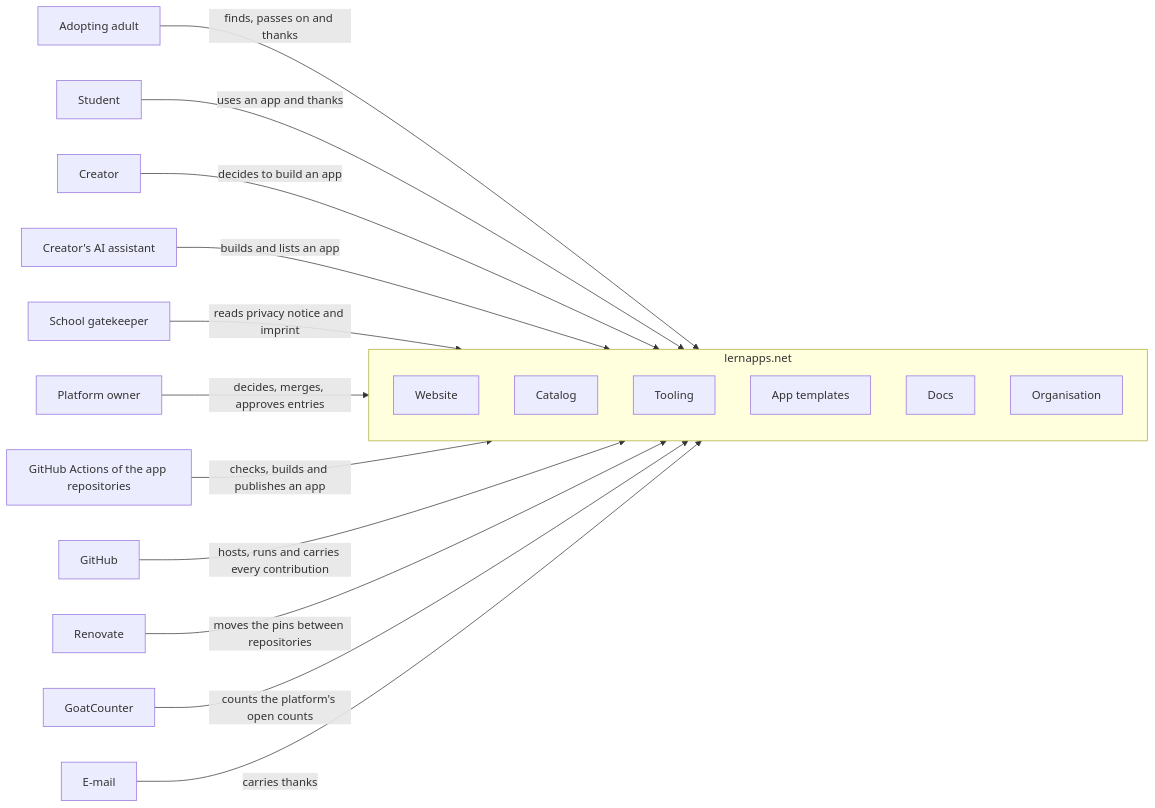
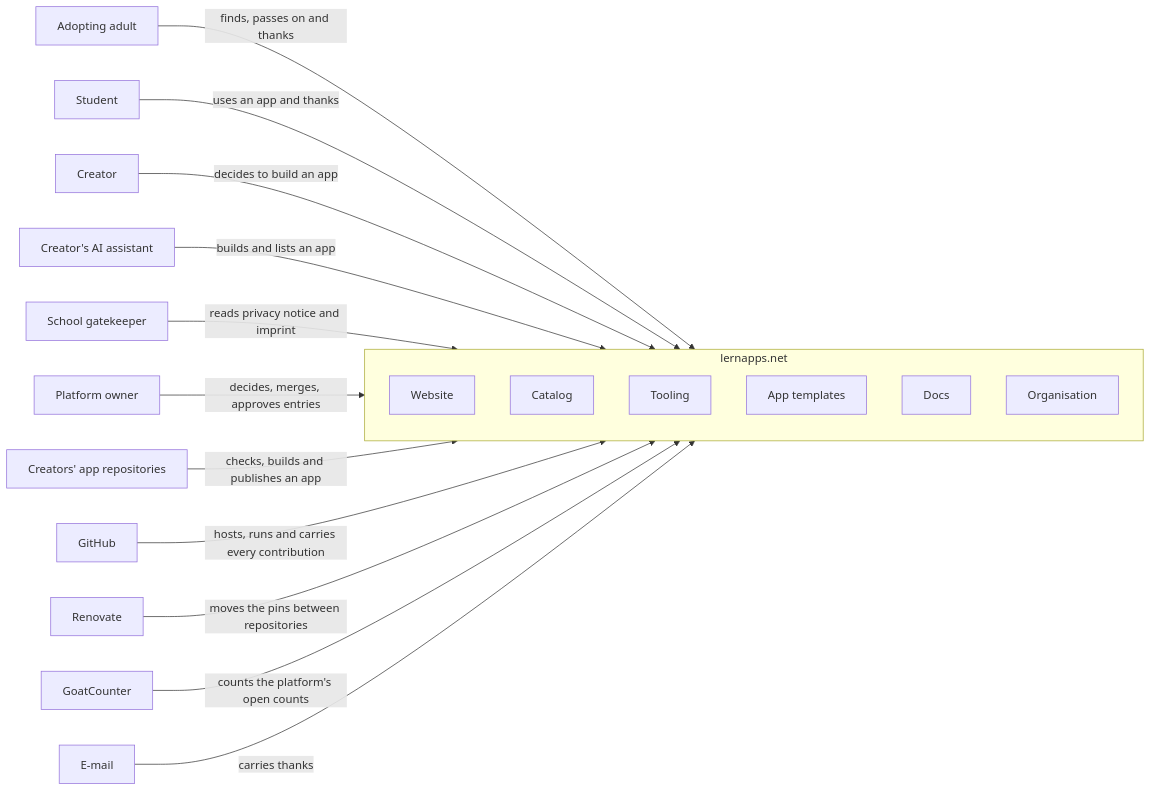
The diagram in docs/arc42/03-system-context.arc42.md (lernapps/docs), drawn with Mermaid before and after one commit. The commit also changed other lines of this file and 10 other files, not shown here.

First line of the commit message:
docs(overview): take every text from one source and draw each journey's flow

````diff
--- a/docs/arc42/03-system-context.arc42.md
+++ b/docs/arc42/03-system-context.arc42.md
@@ -18,33 +18,33 @@
 ```mermaid
 flowchart LR
     actor-adopting-adult["Adopting adult"]
     actor-student["Student"]
     actor-creator["Creator"]
     actor-ai-assistant["Creator's AI assistant"]
     actor-gatekeeper["School gatekeeper"]
     actor-platform-owner["Platform owner"]
-    actor-app-repo-actions["GitHub Actions of the app repositories"]
+    actor-app-repo-actions["Creators' app repositories"]
     actor-github["GitHub"]
     actor-renovate["Renovate"]
     actor-goatcounter["GoatCounter"]
     actor-email["E-mail"]
     subgraph system["lernapps.net"]
         bb-website["Website"]
         bb-catalog["Catalog"]
         bb-tooling["Tooling"]
         bb-app-templates["App templates"]
         bb-docs["Docs"]
         bb-org["Organisation"]
     end
     actor-adopting-adult -->|"finds, passes on and thanks"| system
     actor-student -->|"uses an app and thanks"| system
     actor-creator -->|"decides to build an app"| system
     actor-ai-assistant -->|"builds and lists an app"| system
     actor-gatekeeper -->|"reads privacy notice and imprint"| system
     actor-platform-owner -->|"decides, merges, approves entries"| system
     actor-app-repo-actions -->|"checks, builds and publishes an app"| system
     actor-github -->|"hosts, runs and carries every contribution"| system
     actor-renovate -->|"moves the pins between repositories"| system
     actor-goatcounter -->|"counts the platform's open counts"| system
     actor-email -->|"carries thanks"| system
 ```
````
